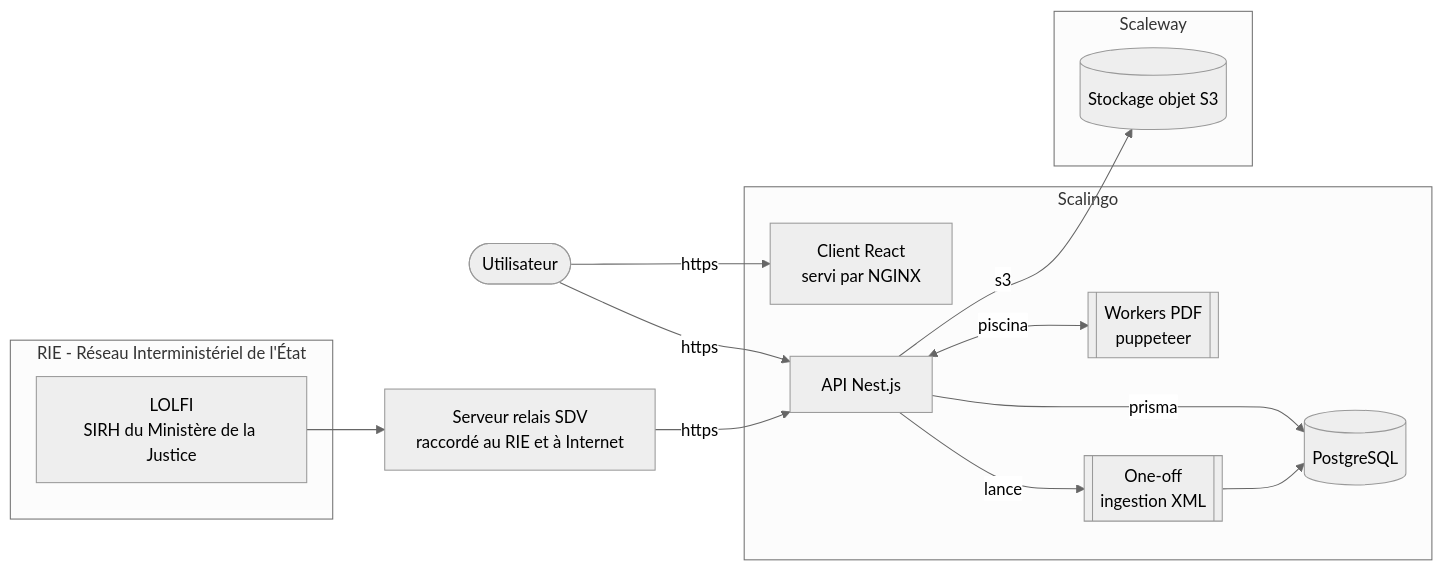
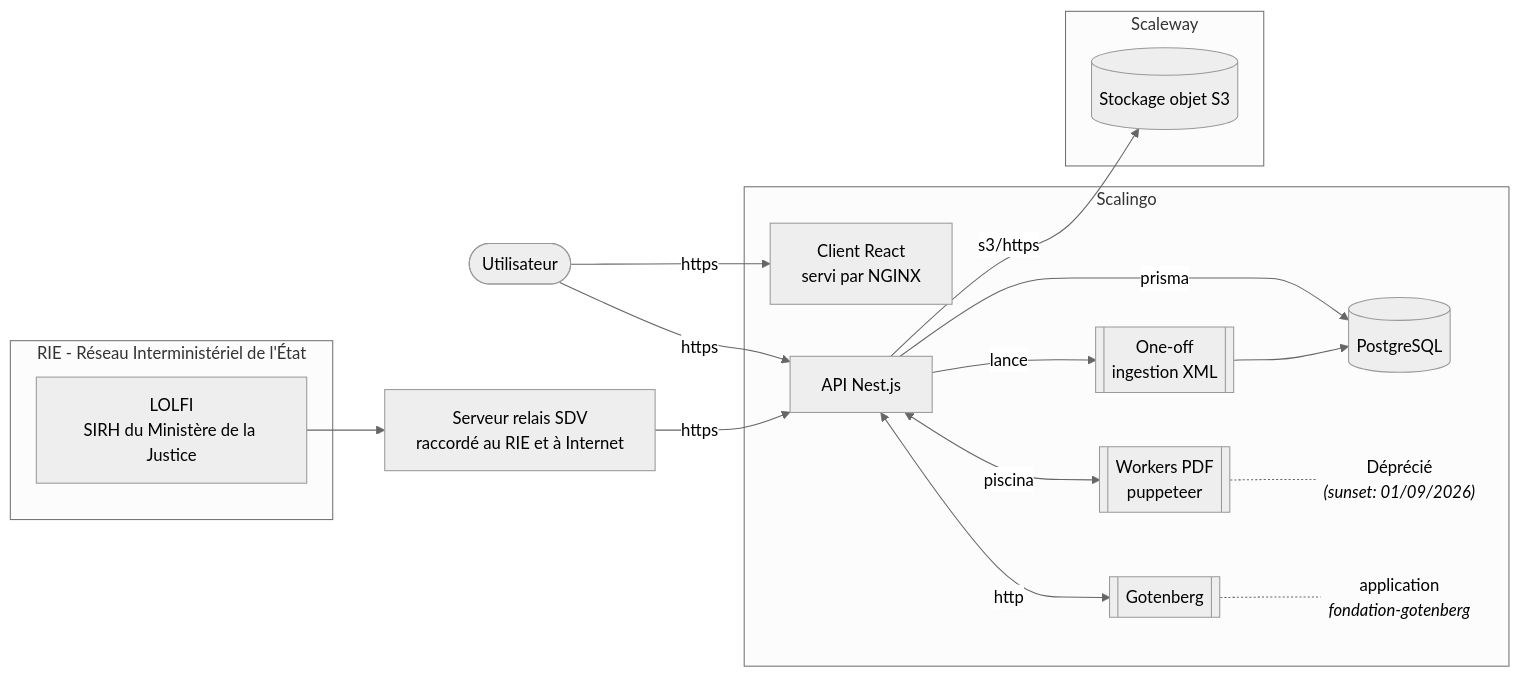
The diagram in README.md (betagouv/fondation), drawn with Mermaid (neutral theme) before and after one commit. The commit also changed other lines of this file and 14 other files, not shown here.

Commit message:
feat(FON-509): adds gotenberg as PDF generator (#520)

````diff
--- a/README.md
+++ b/README.md
@@ -16,32 +16,38 @@
 ```mermaid
 flowchart LR
   user([Utilisateur])
 
   subgraph rie[RIE - Réseau Interministériel de l'État]
     lolfi["LOLFI<br/>SIRH du Ministère de la Justice"]
   end
 
   sdv["Serveur relais SDV<br/>raccordé au RIE et à Internet"]
 
   subgraph scalingo[Scalingo]
     front["Client React<br/>servi par NGINX"]
     back[API Nest.js]
     db[(PostgreSQL)]
     pdf[["Workers PDF<br/>puppeteer"]]
     oneoff[["One-off<br/>ingestion XML"]]
+    deprecated@{ shape: text, label: "Déprécié<br/><em>(sunset: 01/09/2026)</em>" }
+    gotenberg[["Gotenberg"]]
+    gotenberg_app@{ shape: text, label: "application<br/><em>fondation-gotenberg</em>" }
   end
 
   subgraph scaleway[Scaleway]
     storage[(Stockage objet S3)]
   end
 
   user -- https --> front
   user -- https --> back
   lolfi --> sdv
   sdv -- https --> back
   back -- prisma --> db
   back <-- piscina --> pdf
+  pdf -.- deprecated
+  back <-- http --> gotenberg
+  gotenberg -.- gotenberg_app
   back -- lance --> oneoff
   oneoff --> db
-  back -- s3 --> storage
+  back -- s3/https --> storage
 ```
````
